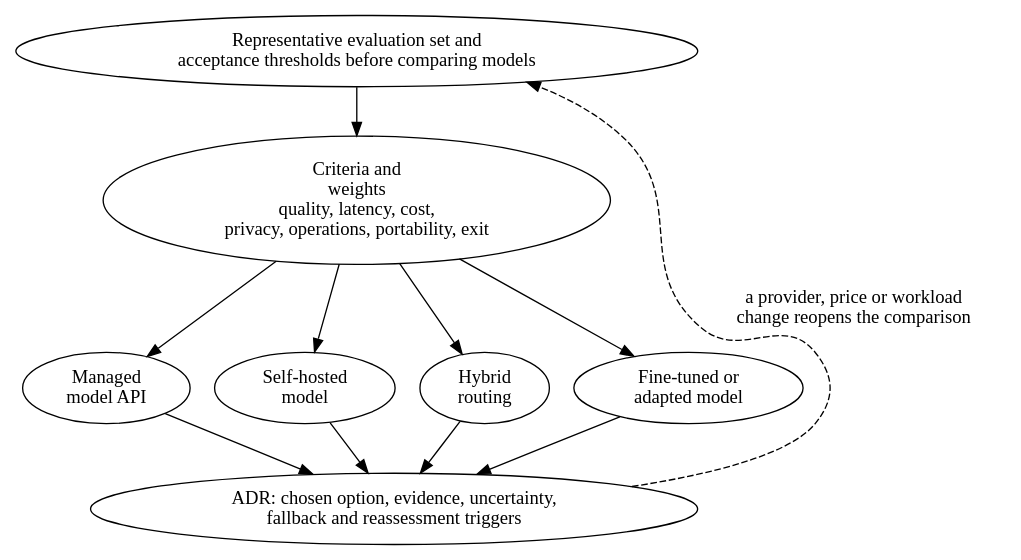
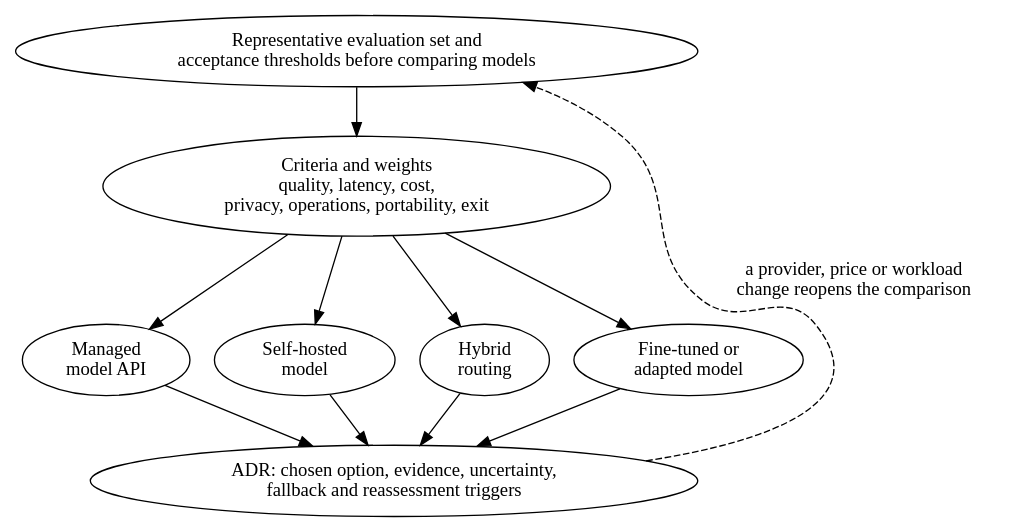
Before and after one commit to cesarcastrocuba/handbook-solutions-architecture: the diagram in assets/diagrams/src/ch16-model-selection.dot, drawn with Graphviz. The commit also changed 4 other files, not shown here.

First line of the commit message:
diagrams(figures): restore the ch16-patterns name wraps

```diff
--- a/assets/diagrams/src/ch16-model-selection.dot
+++ b/assets/diagrams/src/ch16-model-selection.dot
@@ -1,14 +1,14 @@
 digraph G { 
 
  rankdir=TB;
  ev [label="Representative evaluation set and\nacceptance thresholds before comparing models"];
- cr [label="Criteria and\nweights\nquality, latency, cost,\nprivacy, operations, portability, exit"];
+ cr [label="Criteria and weights\nquality, latency, cost,\nprivacy, operations, portability, exit"];
  m [label="Managed\nmodel API"];
  s [label="Self-hosted\nmodel"];
  h [label="Hybrid\nrouting"];
  f [label="Fine-tuned or\nadapted model"];
  adr [label="ADR: chosen option, evidence, uncertainty,\nfallback and reassessment triggers"];
  ev->cr; cr->m; cr->s; cr->h; cr->f; m->adr; s->adr; h->adr; f->adr;
  {rank=same; m; s; h; f;}
  adr->ev [label="a provider, price or workload\nchange reopens the comparison", style=dashed, constraint=false];
 }
```
